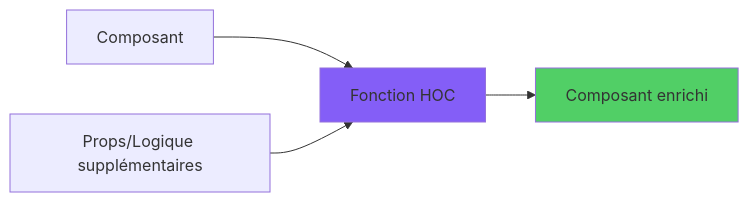
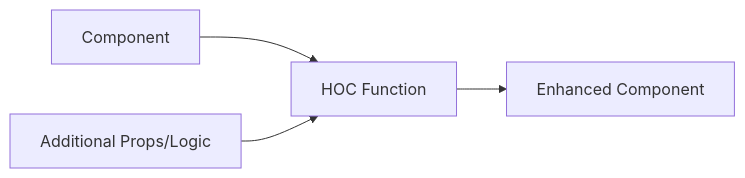
One commit to BabaScience/react-guides changed the eighth of 12 diagrams in arguments/chapters/fr/03-component-patterns-best-practices.md. Above: the diagram before and after it, drawn with Mermaid. The commit also changed other lines of this file and 29 other files, not shown here.

First line of the commit message:
Bring React FR/IT translations to full English parity + theme-safe diagrams

````diff
--- a/arguments/chapters/fr/03-component-patterns-best-practices.md
+++ b/arguments/chapters/fr/03-component-patterns-best-practices.md
@@ -286,9 +1428,7 @@
 ```mermaid
 graph LR
-    A[Composant] --> B[Fonction HOC]
-    C[Props/Logique supplémentaires] --> B
-    B --> D[Composant enrichi]
+    A[Component] --> B[HOC Function]
+    C[Additional Props/Logic] --> B
+    B --> D[Enhanced Component]
     
-    style B fill:#845ef7
-    style D fill:#51cf66
 ```
````
